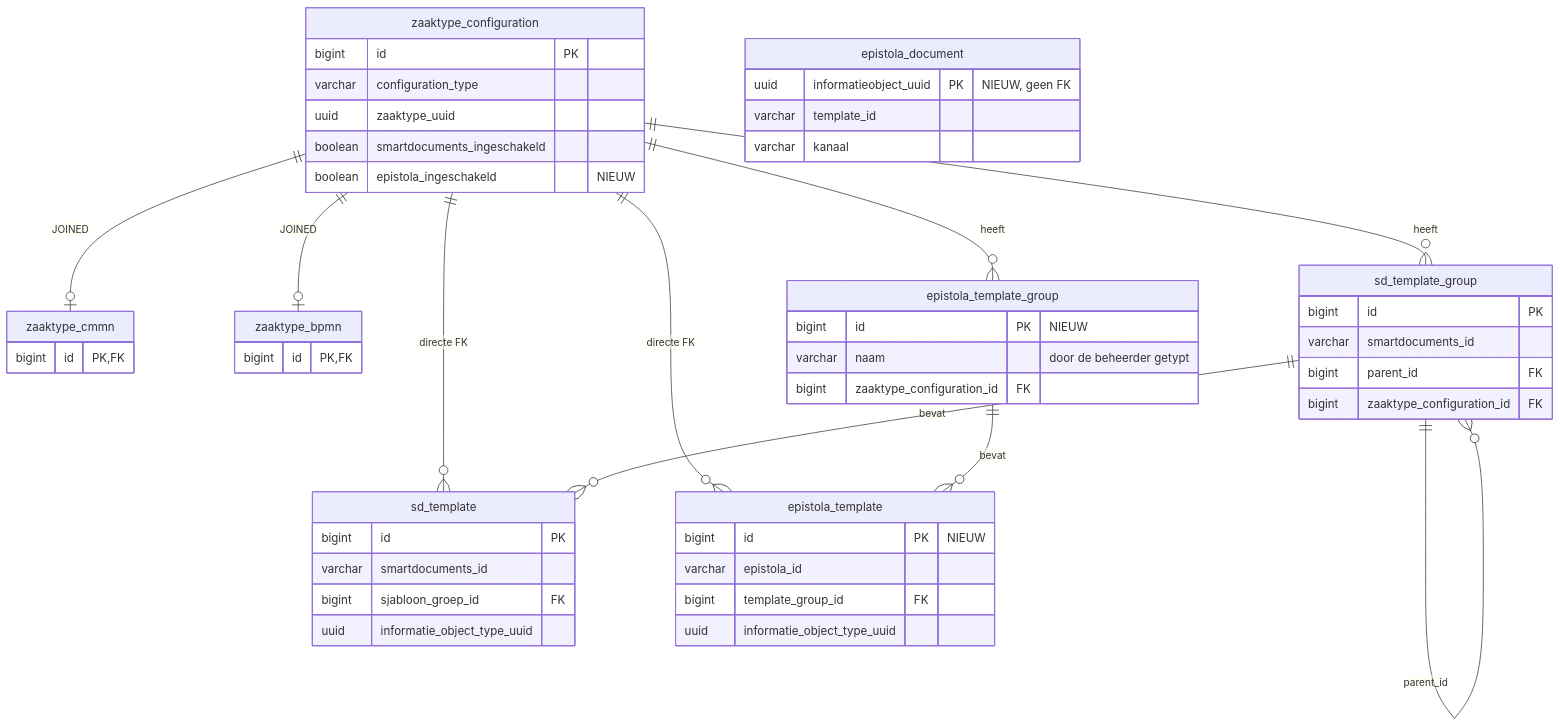
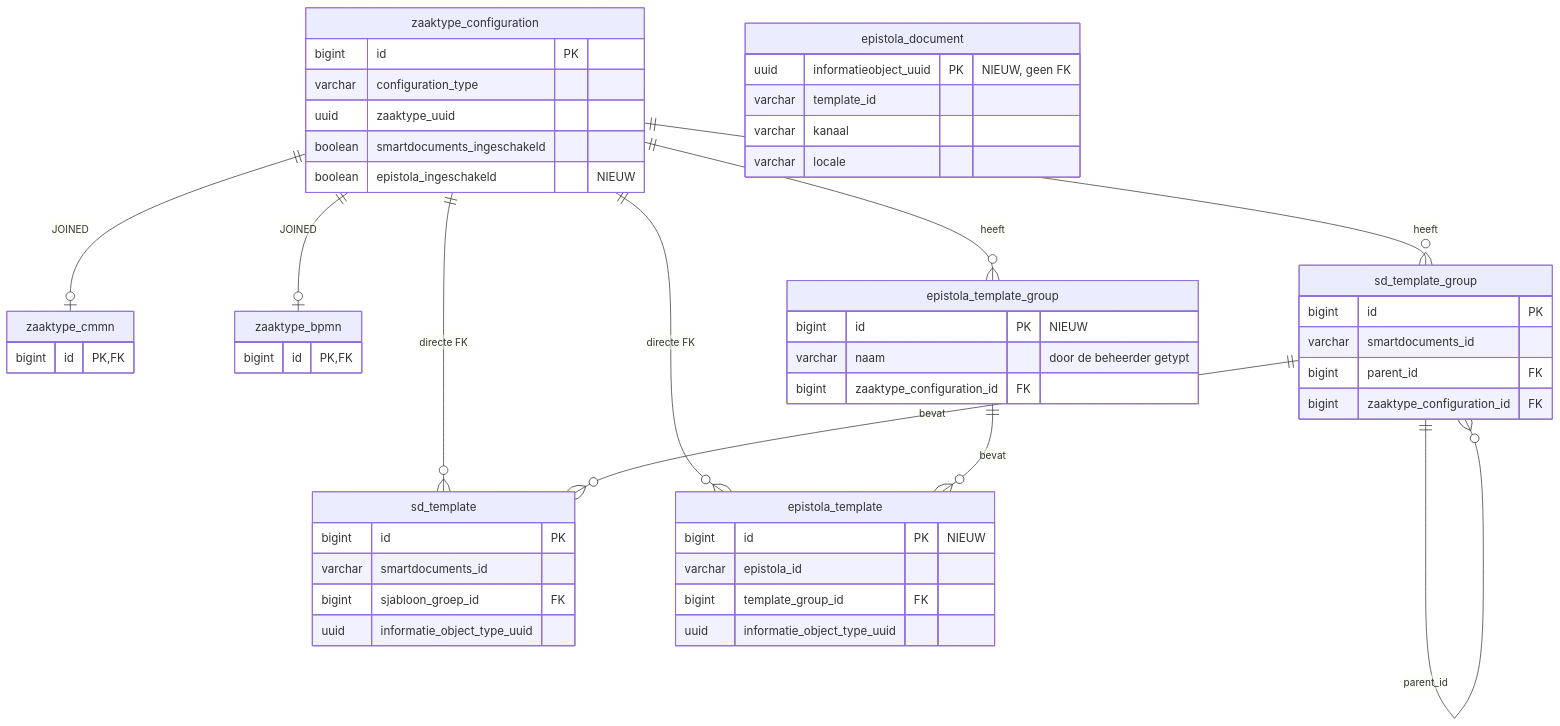
Before and after one commit to infonl/zac-epistola-prototype: the diagram in docs/epistola/datamodel.md, drawn with Mermaid. The commit also changed other lines of this file and 28 other files, not shown here.

````diff
--- a/docs/epistola/datamodel.md
+++ b/docs/epistola/datamodel.md
@@ -20,54 +20,55 @@
 ```mermaid
 erDiagram
     zaaktype_configuration ||--o| zaaktype_cmmn : "JOINED"
     zaaktype_configuration ||--o| zaaktype_bpmn : "JOINED"
     zaaktype_configuration ||--o{ sd_template_group : heeft
     zaaktype_configuration ||--o{ sd_template : "directe FK"
     zaaktype_configuration ||--o{ epistola_template_group : heeft
     zaaktype_configuration ||--o{ epistola_template : "directe FK"
     sd_template_group ||--o{ sd_template : bevat
     sd_template_group ||--o{ sd_template_group : parent_id
     epistola_template_group ||--o{ epistola_template : bevat
 
     zaaktype_configuration {
         bigint id PK
         varchar configuration_type
         uuid zaaktype_uuid
         boolean smartdocuments_ingeschakeld
         boolean epistola_ingeschakeld "NIEUW"
     }
     zaaktype_cmmn {
         bigint id PK,FK
     }
     zaaktype_bpmn {
         bigint id PK,FK
     }
     sd_template_group {
         bigint id PK
         varchar smartdocuments_id
         bigint parent_id FK
         bigint zaaktype_configuration_id FK
     }
     sd_template {
         bigint id PK
         varchar smartdocuments_id
         bigint sjabloon_groep_id FK
         uuid informatie_object_type_uuid
     }
     epistola_template_group {
         bigint id PK "NIEUW"
         varchar naam "door de beheerder getypt"
         bigint zaaktype_configuration_id FK
     }
     epistola_template {
         bigint id PK "NIEUW"
         varchar epistola_id
         bigint template_group_id FK
         uuid informatie_object_type_uuid
     }
     epistola_document {
         uuid informatieobject_uuid PK "NIEUW, geen FK"
         varchar template_id
         varchar kanaal
+        varchar locale
     }
 ```
````
